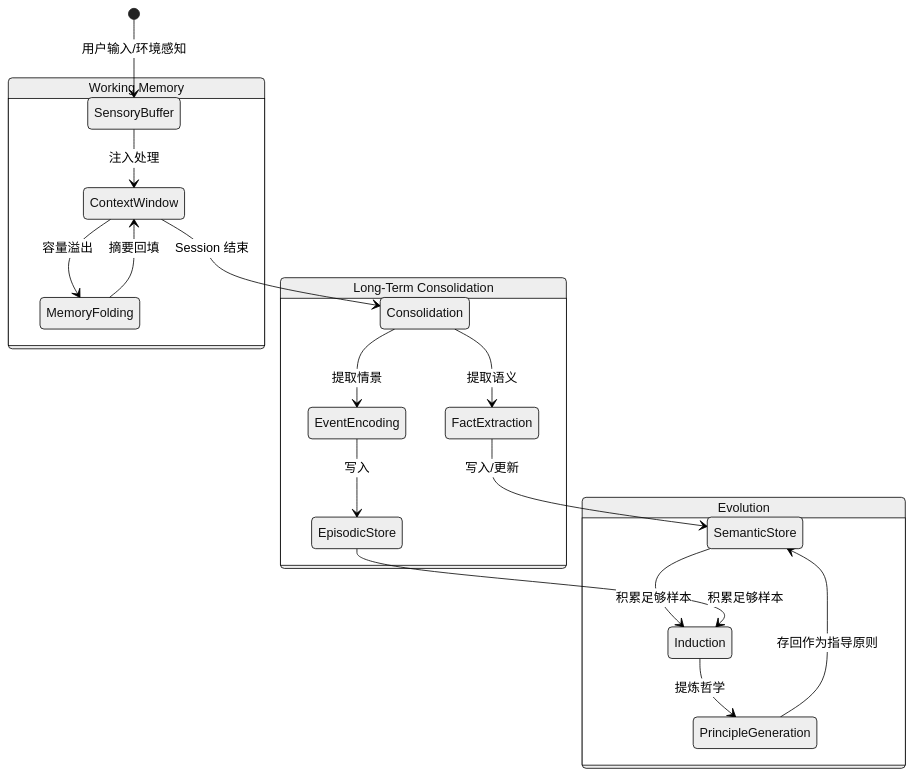
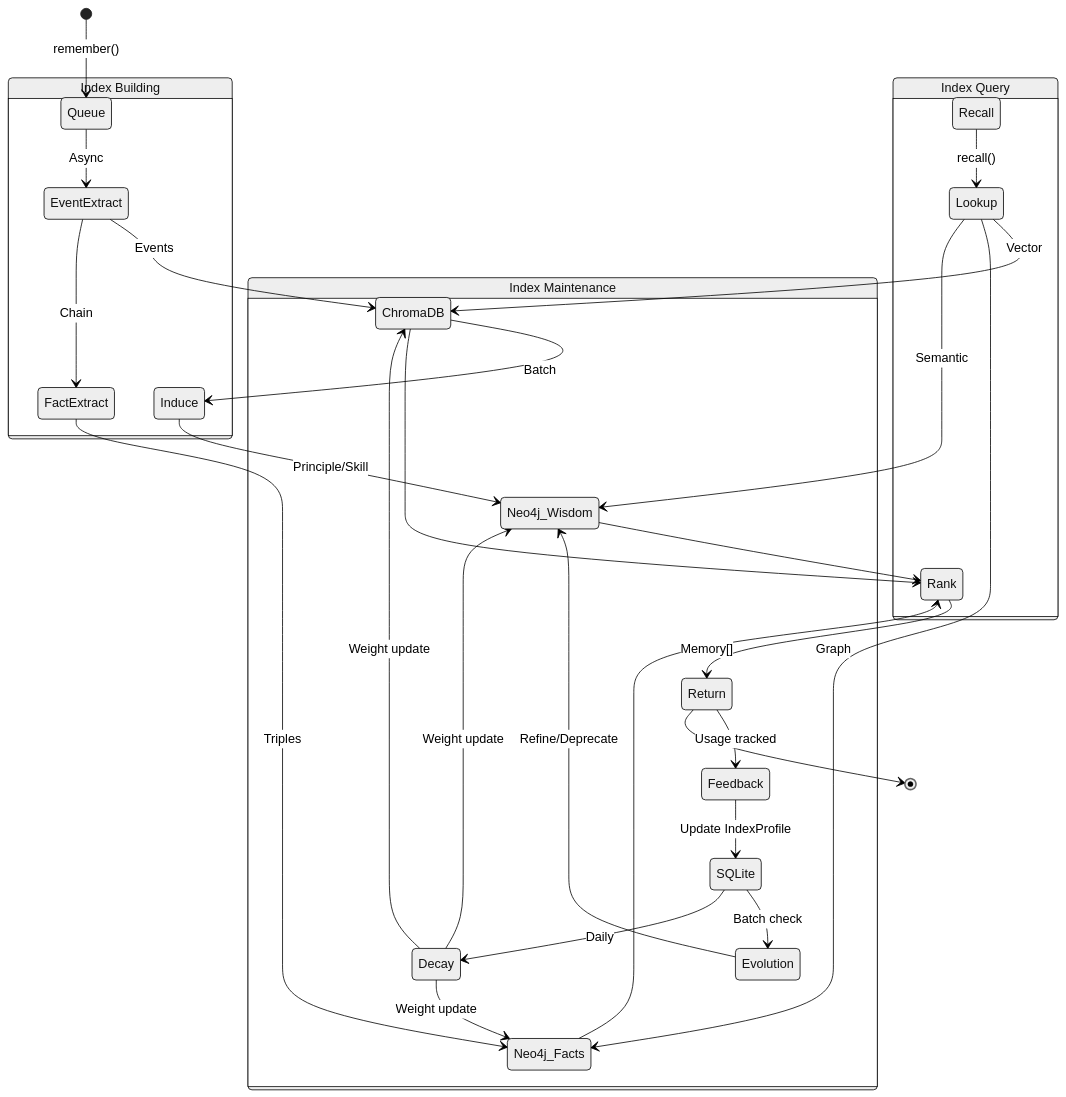
One commit to Lincyaw/h-mem changed the ninth of 9 diagrams in docs/workflows.md. Above: the diagram before and after it, drawn with Mermaid (neutral theme). The commit also changed other lines of this file and 9 other files, not shown here.

````diff
--- a/docs/workflows.md
+++ b/docs/workflows.md
@@ -258,28 +326,37 @@
 ```mermaid
-stateDiagram-v2  
-    [*] --> SensoryBuffer: 用户输入/环境感知  
-      
-    state "Working Memory" as WM {  
-        SensoryBuffer --> ContextWindow: 注入处理  
-        ContextWindow --> MemoryFolding: 容量溢出  
-        MemoryFolding --> ContextWindow: 摘要回填  
+stateDiagram-v2
+    [*] --> Queue: remember()
+
+    state "Index Building" as BUILD {
+        Queue --> EventExtract: Async
+        EventExtract --> ChromaDB: Events
+        EventExtract --> FactExtract: Chain
+        FactExtract --> Neo4j_Facts: Triples
+        ChromaDB --> Induce: Batch
+        Induce --> Neo4j_Wisdom: Principle/Skill
     }
 
-    ContextWindow --> Consolidation: Session 结束  
-      
-    state "Long-Term Consolidation" as LC {  
-        Consolidation --> FactExtraction: 提取语义  
-        Consolidation --> EventEncoding: 提取情景  
-          
-        FactExtraction --> SemanticStore: 写入/更新  
-        EventEncoding --> EpisodicStore: 写入  
+    state "Index Query" as QUERY {
+        Recall --> Lookup: recall()
+        Lookup --> ChromaDB: Vector
+        Lookup --> Neo4j_Facts: Graph
+        Lookup --> Neo4j_Wisdom: Semantic
+        ChromaDB --> Rank
+        Neo4j_Facts --> Rank
+        Neo4j_Wisdom --> Rank
+        Rank --> Return: Memory[]
     }
 
-    SemanticStore --> Induction: 积累足够样本  
-    EpisodicStore --> Induction: 积累足够样本  
-      
-    state "Evolution" as Evo {  
-        Induction --> PrincipleGeneration: 提炼哲学  
-        PrincipleGeneration --> SemanticStore: 存回作为指导原则  
+    state "Index Maintenance" as MAINTAIN {
+        Return --> Feedback: Usage tracked
+        Feedback --> SQLite: Update IndexProfile
+        SQLite --> Evolution: Batch check
+        Evolution --> Neo4j_Wisdom: Refine/Deprecate
+        SQLite --> Decay: Daily
+        Decay --> ChromaDB: Weight update
+        Decay --> Neo4j_Facts: Weight update
+        Decay --> Neo4j_Wisdom: Weight update
     }
+
+    Return --> [*]
 ```
````
